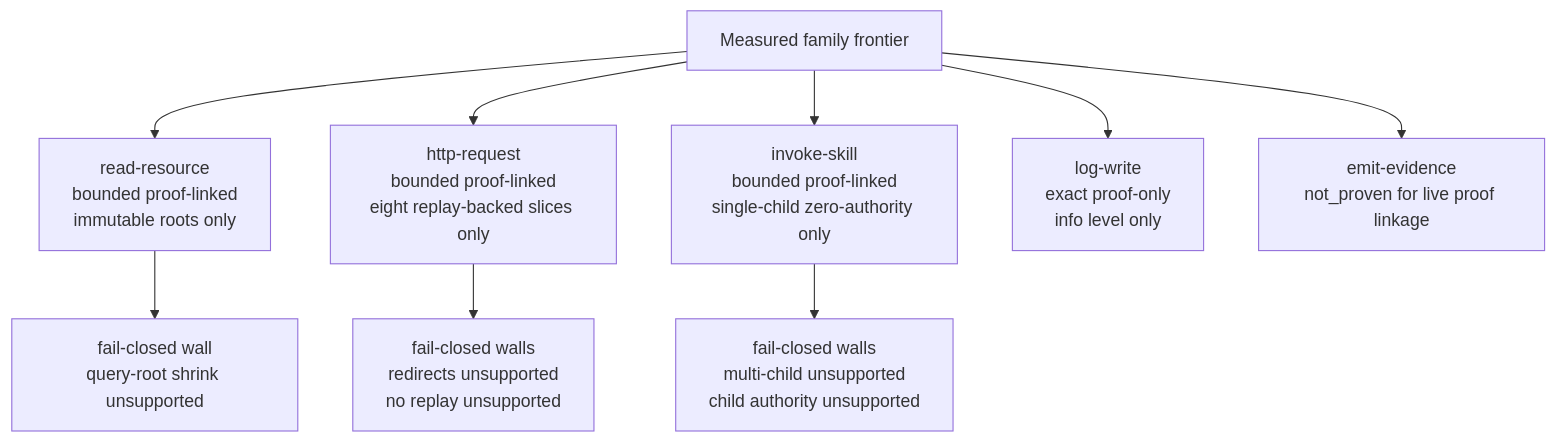
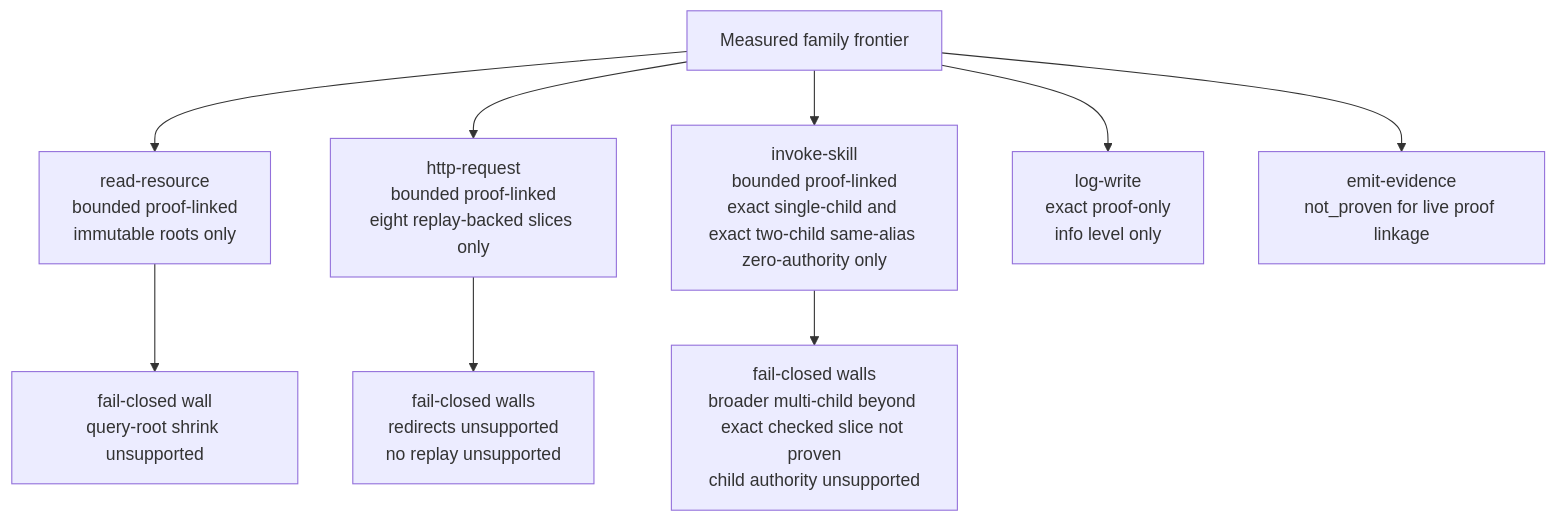
The fourth of 5 diagrams in docs/patent/m9-figures.md (jkordish/Guild), drawn with Mermaid before and after one commit. The commit also changed other lines of this file and 25 other files, not shown here.

Commit message:
broaden invoke-skill multi-child live proof

````diff
--- a/docs/patent/m9-figures.md
+++ b/docs/patent/m9-figures.md
@@ -75,12 +75,12 @@
 ```mermaid
 flowchart TD
     A[Measured family frontier]
     A --> RR[read-resource<br/>bounded proof-linked<br/>immutable roots only]
     A --> HTTP[http-request<br/>bounded proof-linked<br/>eight replay-backed slices only]
-    A --> INV[invoke-skill<br/>bounded proof-linked<br/>single-child zero-authority only]
+    A --> INV[invoke-skill<br/>bounded proof-linked<br/>exact single-child and exact two-child same-alias zero-authority only]
     A --> LOG[log-write<br/>exact proof-only<br/>info level only]
     A --> EMIT[emit-evidence<br/>not_proven for live proof linkage]
     HTTP --> HTTPW[fail-closed walls<br/>redirects unsupported<br/>no replay unsupported]
-    INV --> INVW[fail-closed walls<br/>multi-child unsupported<br/>child authority unsupported]
+    INV --> INVW[fail-closed walls<br/>broader multi-child beyond exact checked slice not proven<br/>child authority unsupported]
     RR --> RRW[fail-closed wall<br/>query-root shrink unsupported]
 ```
````
